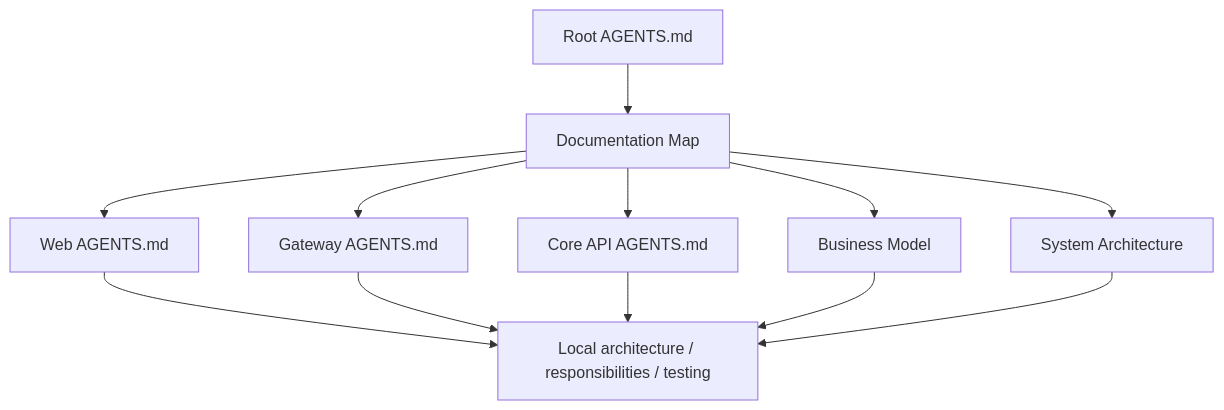
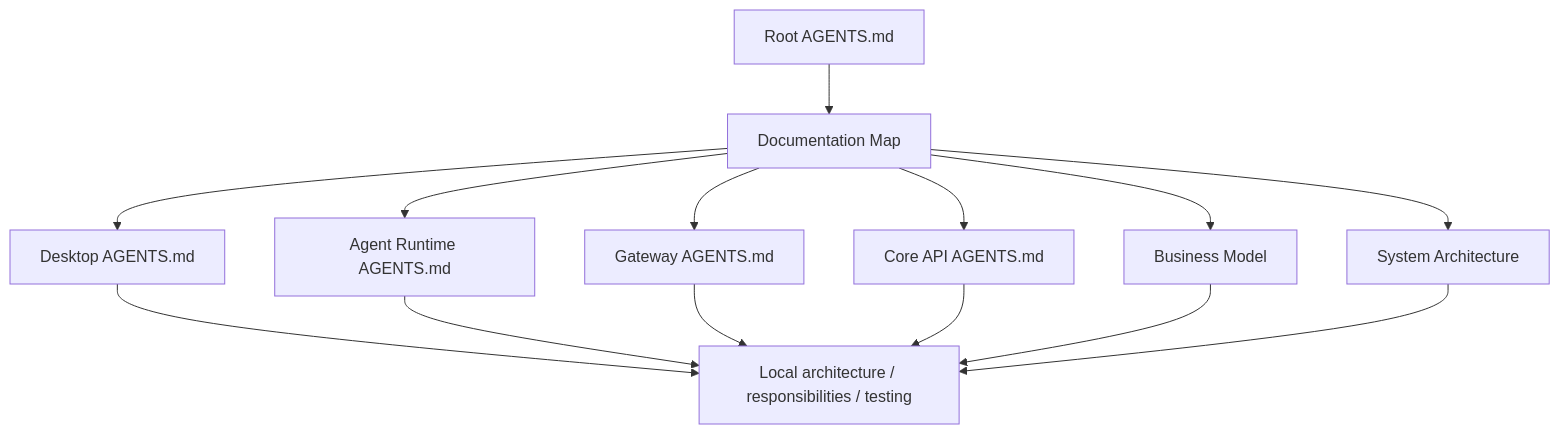
One commit to hataketed7977/taskpilot changed the diagram in docs/README.md. Above: the diagram before and after it, drawn with Mermaid. The commit also changed other lines of this file and 40 other files, not shown here.

Commit message:
refactor: adopt desktop agent runtime architecture

````diff
--- a/docs/README.md
+++ b/docs/README.md
@@ -15,23 +15,26 @@
 ```mermaid
 flowchart TD
     root["Root AGENTS.md"]
     map["Documentation Map"]
     business["Business Model"]
     system["System Architecture"]
-    webAgent["Web AGENTS.md"]
-    gatewayAgent["Gateway AGENTS.md"]
-    coreAgent["Core API AGENTS.md"]
+    desktop["Desktop AGENTS.md"]
+    runtime["Agent Runtime AGENTS.md"]
+    gateway["Gateway AGENTS.md"]
+    core["Core API AGENTS.md"]
     local["Local architecture / responsibilities / testing"]
 
     root --> map
     map --> business
     map --> system
-    map --> webAgent
-    map --> gatewayAgent
-    map --> coreAgent
-    webAgent --> local
-    gatewayAgent --> local
-    coreAgent --> local
+    map --> desktop
+    map --> runtime
+    map --> gateway
+    map --> core
+    desktop --> local
+    runtime --> local
+    gateway --> local
+    core --> local
     business --> local
     system --> local
 ```
````
